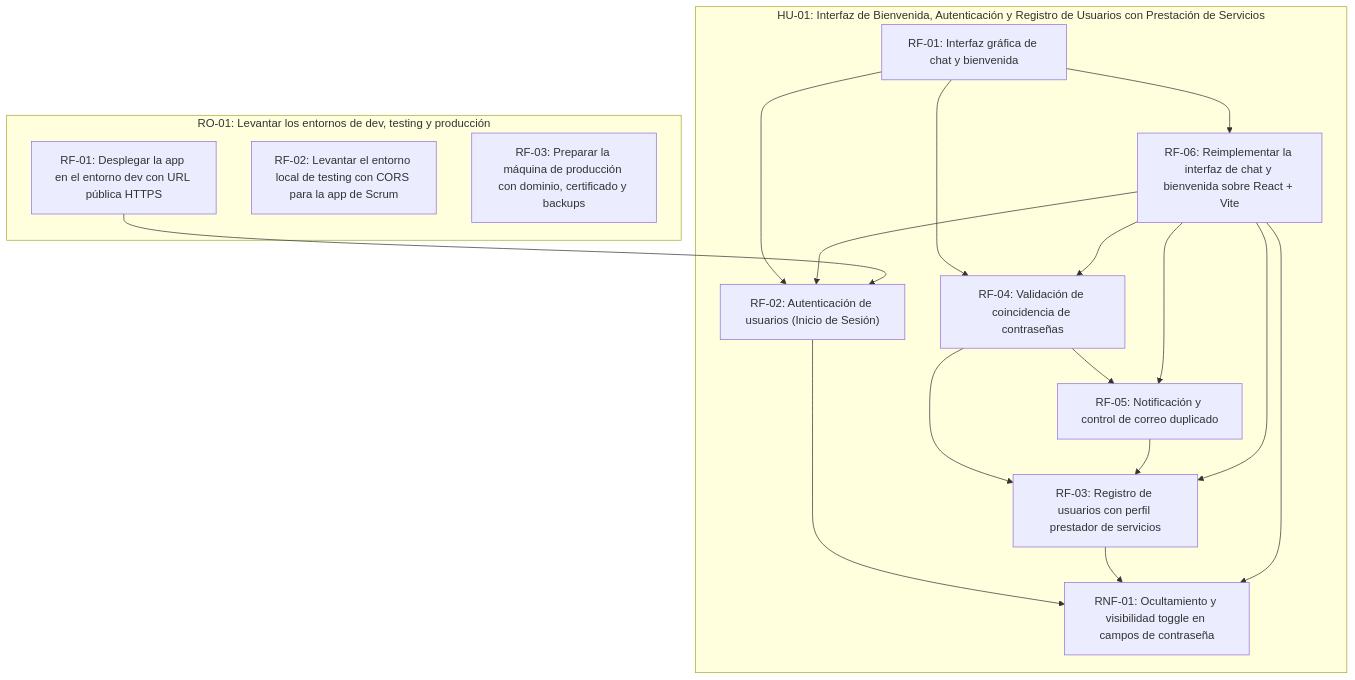
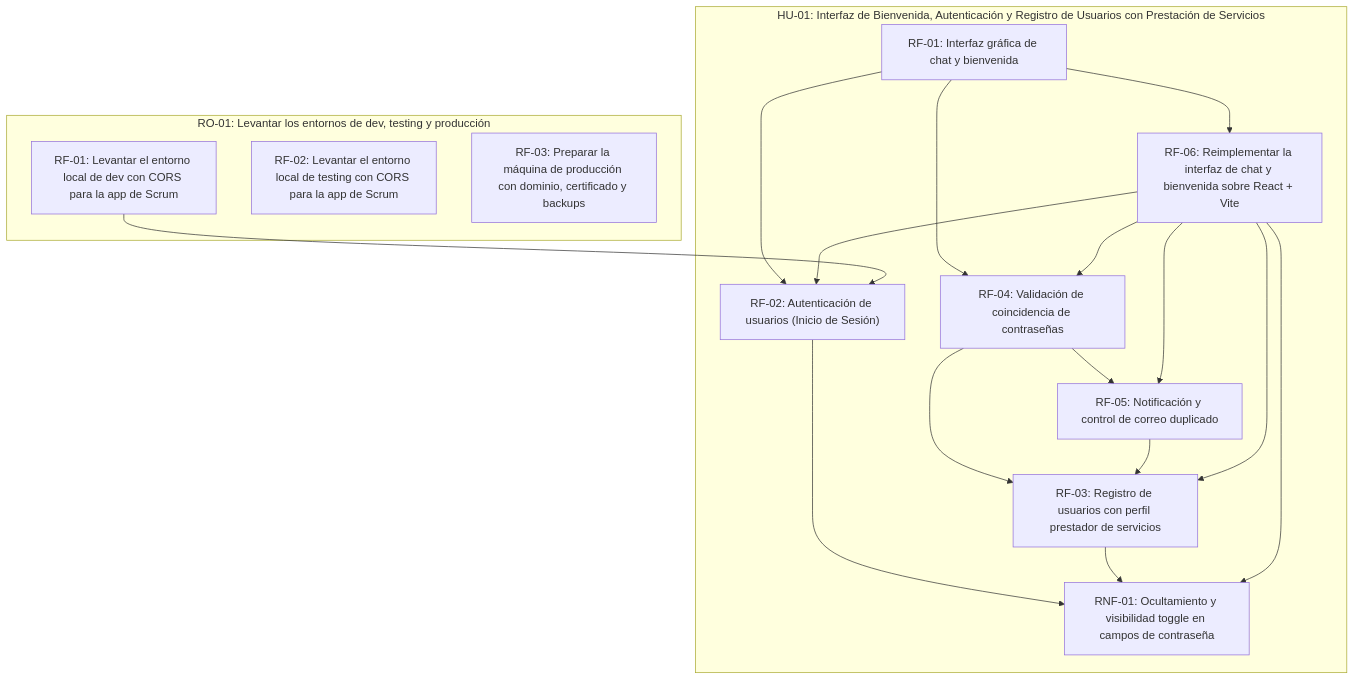
One commit to fiemcasals/refactoryProfesionales changed the diagram in scrumDocs/grafo.md. Above: the diagram before and after it, drawn with Mermaid. The commit also changed other lines of this file, not shown here.

Commit message:
Auto-publish: actualiza scrumDocs/grafo.md

````diff
--- a/scrumDocs/grafo.md
+++ b/scrumDocs/grafo.md
@@ -5,31 +5,31 @@
 ```mermaid
 graph TD
   subgraph US_1785510643692["HU-01: Interfaz de Bienvenida, Autenticación y Registro de Usuarios con Prestación de Servicios"]
     REQ_1785771199977["RF-01: Interfaz gráfica de chat y bienvenida"]
     REQ_1785771214294["RF-02: Autenticación de usuarios (Inicio de Sesión)"]
     REQ_1785771214393["RF-03: Registro de usuarios con perfil prestador de servicios"]
     REQ_1785771214462["RF-04: Validación de coincidencia de contraseñas"]
     REQ_1785771214528["RF-05: Notificación y control de correo duplicado"]
     REQ_1785771214595["RNF-01: Ocultamiento y visibilidad toggle en campos de contraseña"]
     REQ_1790685849827["RF-06: Reimplementar la interfaz de chat y bienvenida sobre React + Vite"]
   end
   subgraph US_1790688869961["RO-01: Levantar los entornos de dev, testing y producción"]
-    REQ_1790688869968["RF-01: Desplegar la app en el entorno dev con URL pública HTTPS"]
+    REQ_1790688869968["RF-01: Levantar el entorno local de dev con CORS para la app de Scrum"]
     REQ_1790688952068["RF-02: Levantar el entorno local de testing con CORS para la app de Scrum"]
     REQ_1790688965165["RF-03: Preparar la máquina de producción con dominio, certificado y backups"]
   end
   REQ_1785771199977 --> REQ_1785771214294
   REQ_1790685849827 --> REQ_1785771214294
   REQ_1790688869968 --> REQ_1785771214294
   REQ_1785771214462 --> REQ_1785771214393
   REQ_1785771214528 --> REQ_1785771214393
   REQ_1790685849827 --> REQ_1785771214393
   REQ_1785771199977 --> REQ_1785771214462
   REQ_1790685849827 --> REQ_1785771214462
   REQ_1785771214462 --> REQ_1785771214528
   REQ_1790685849827 --> REQ_1785771214528
   REQ_1785771214294 --> REQ_1785771214595
   REQ_1785771214393 --> REQ_1785771214595
   REQ_1790685849827 --> REQ_1785771214595
   REQ_1785771199977 --> REQ_1790685849827
 ```
````
